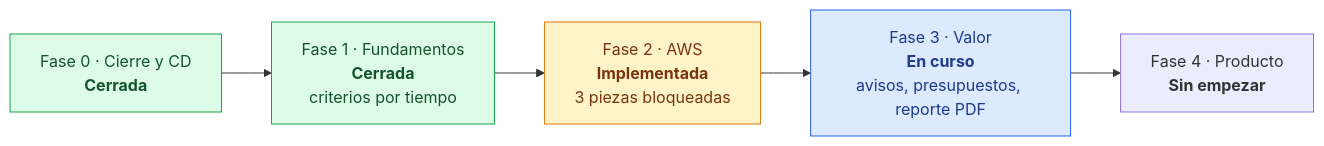
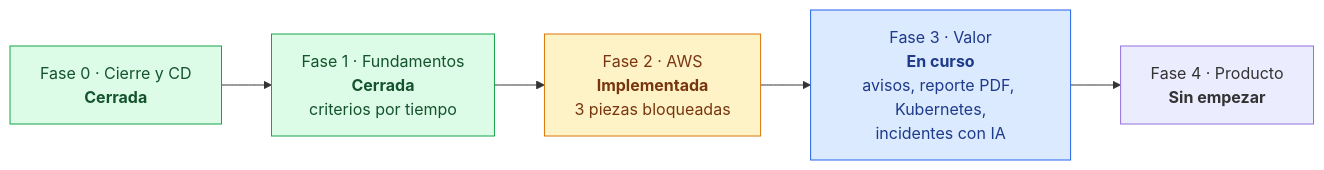
The diagram in docs/roadmap.md (miguelortiz13/cloudops-copilot), drawn with Mermaid before and after one commit. The commit also changed other lines of this file and 8 other files, not shown here.

First line of the commit message:
feat: resumen semanal con IA, ejercicio de tormenta y roadmap al día

````diff
--- a/docs/roadmap.md
+++ b/docs/roadmap.md
@@ -7,13 +7,13 @@
 ```mermaid
 flowchart LR
     F0[Fase 0 · Cierre y CD<br/><b>Cerrada</b>] --> F1[Fase 1 · Fundamentos<br/><b>Cerrada</b><br/>criterios por tiempo]
     F1 --> F2[Fase 2 · AWS<br/><b>Implementada</b><br/>3 piezas bloqueadas]
-    F2 --> F3[Fase 3 · Valor<br/><b>En curso</b><br/>avisos, presupuestos, reporte PDF]
+    F2 --> F3[Fase 3 · Valor<br/><b>En curso</b><br/>avisos, reporte PDF, Kubernetes,<br/>incidentes con IA]
     F3 --> F4[Fase 4 · Producto<br/><b>Sin empezar</b>]
     classDef hecho fill:#dcfce7,stroke:#16a34a,color:#14532d
     classDef parcial fill:#fef3c7,stroke:#d97706,color:#78350f
     classDef curso fill:#dbeafe,stroke:#2563eb,color:#1e3a8a
     class F0,F1 hecho
     class F2 parcial
     class F3 curso
 ```
````
